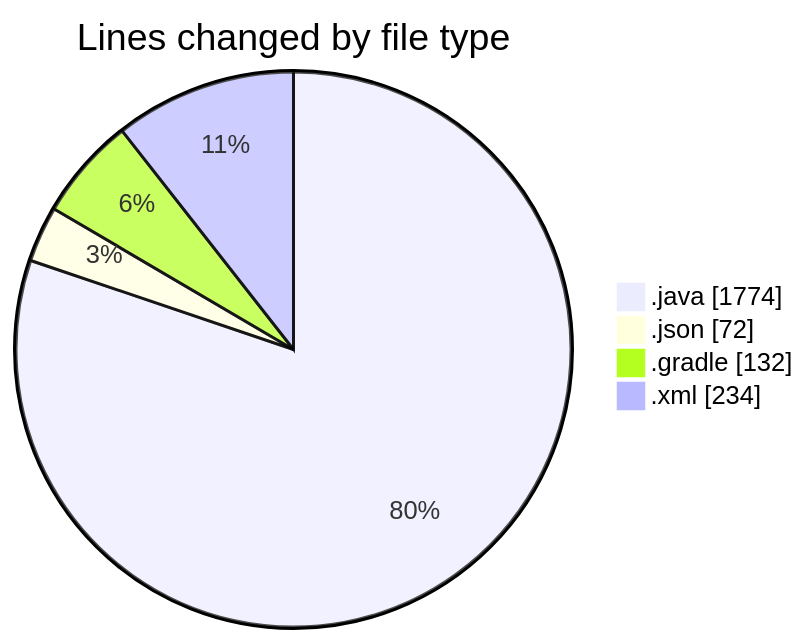
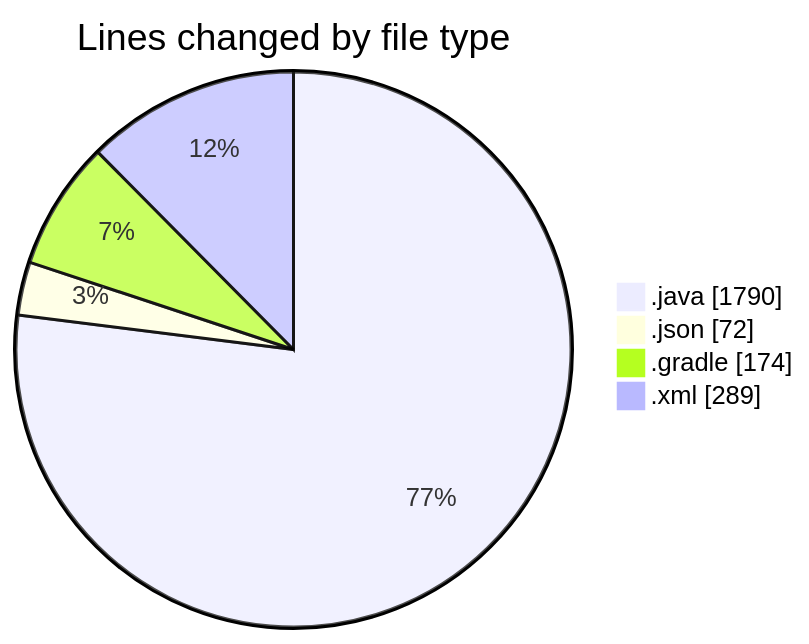
One commit to charlie-sans/code-tracking changed the first of 2 diagrams in 2025-02-22/micros/README.md. Above: the diagram before and after it, drawn with Mermaid. The commit also changed other lines of this file and 1 other file, not shown here.

````diff
--- a/2025-02-22/micros/README.md
+++ b/2025-02-22/micros/README.md
@@ -31,8 +36,8 @@
 ```mermaid
 pie showData
 title Lines changed by file type
-".java" : 1774
+".java" : 1790
 ".json" : 72
-".gradle" : 132
-".xml" : 234
+".gradle" : 174
+".xml" : 289
 ```
````
